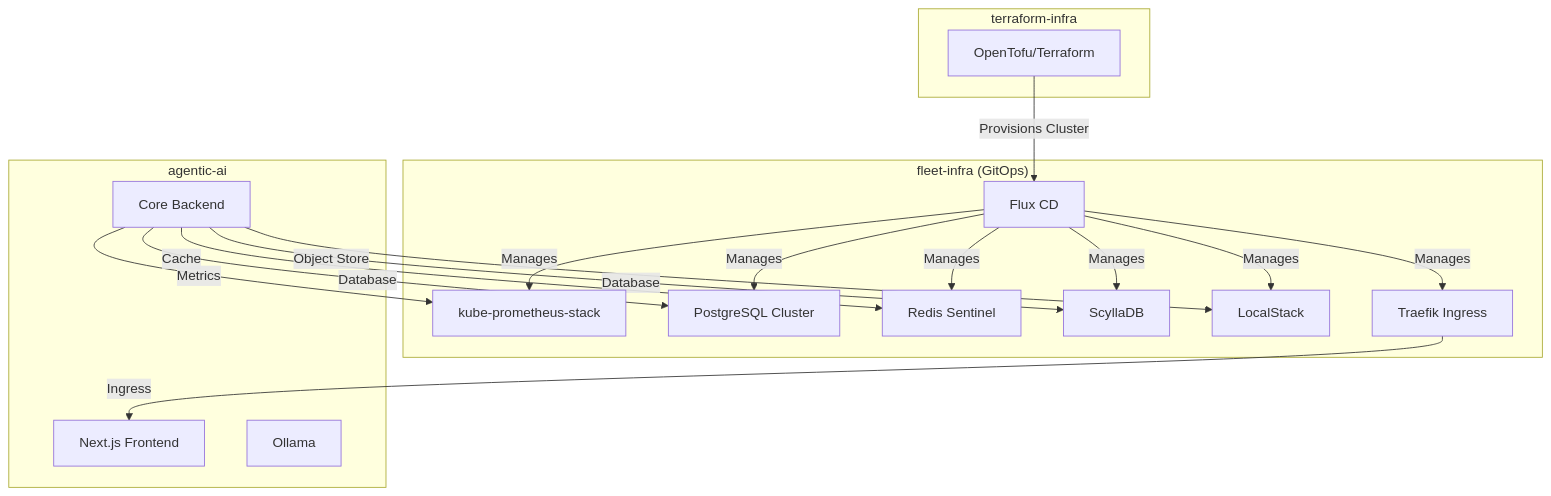
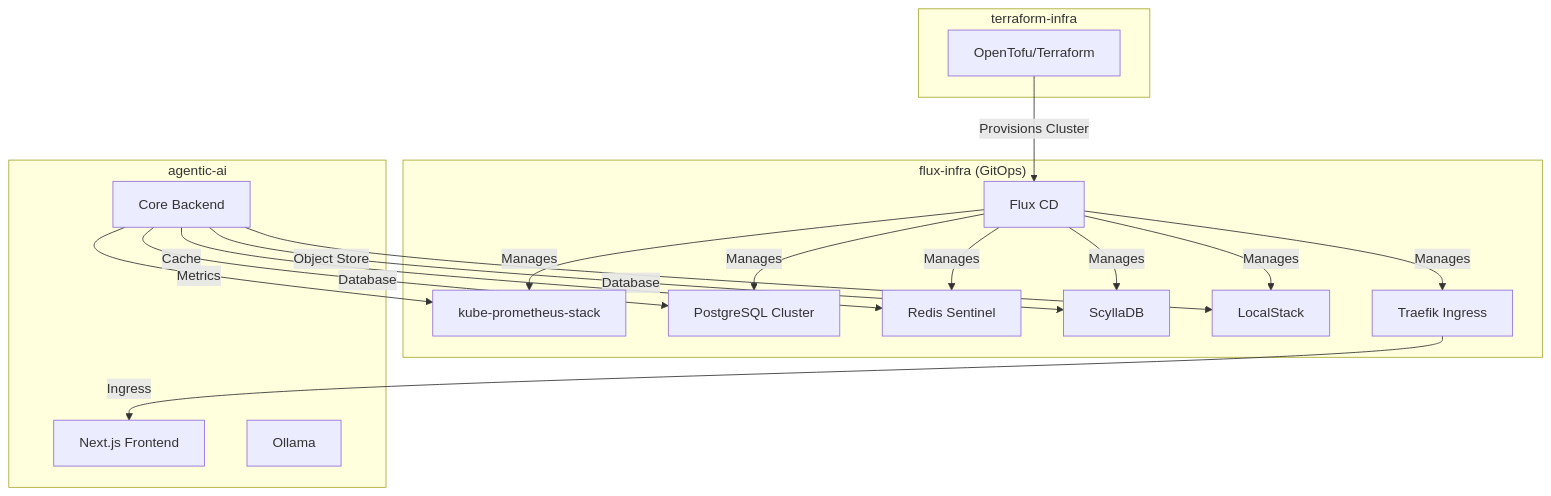
The seventh of 7 diagrams in docs/projects/agentic-ai/architecture.md (JiwooL0920/jiwool0920.github.io), drawn with Mermaid before and after one commit. The commit also changed other lines of this file and 50 other files, not shown here.

First line of the commit message:
feat: update bio, rename fleet-infra → flux-infra everywhere, add mermaid zoom

````diff
--- a/docs/projects/agentic-ai/architecture.md
+++ b/docs/projects/agentic-ai/architecture.md
@@ -253,30 +253,30 @@
 ```mermaid
 flowchart TB
     subgraph "terraform-infra"
         TF[OpenTofu/Terraform]
     end
 
-    subgraph "fleet-infra (GitOps)"
+    subgraph "flux-infra (GitOps)"
         FLUX[Flux CD]
         PROM[kube-prometheus-stack]
         PG[PostgreSQL Cluster]
         REDIS[Redis Sentinel]
         SCYLLA[ScyllaDB]
         LS[LocalStack]
         TRAEFIK[Traefik Ingress]
     end
 
     subgraph "agentic-ai"
         CORE[Core Backend]
         UIFE[Next.js Frontend]
         OLLAMA[Ollama]
     end
 
     TF -->|Provisions Cluster| FLUX
     FLUX -->|Manages| PROM & PG & REDIS & SCYLLA & LS & TRAEFIK
     CORE -->|Metrics| PROM
     CORE -->|Database| PG & SCYLLA
     CORE -->|Cache| REDIS
     CORE -->|Object Store| LS
     TRAEFIK -->|Ingress| UIFE
 ```
````
